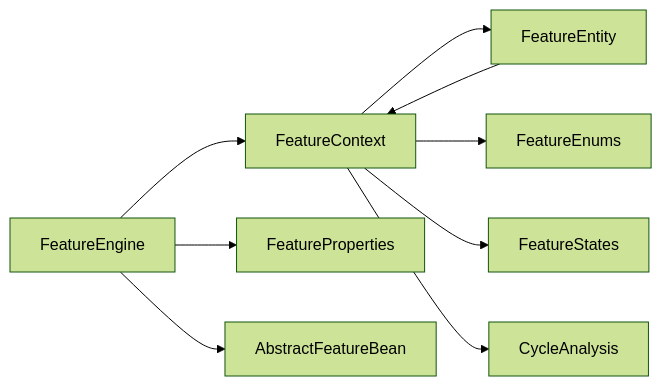
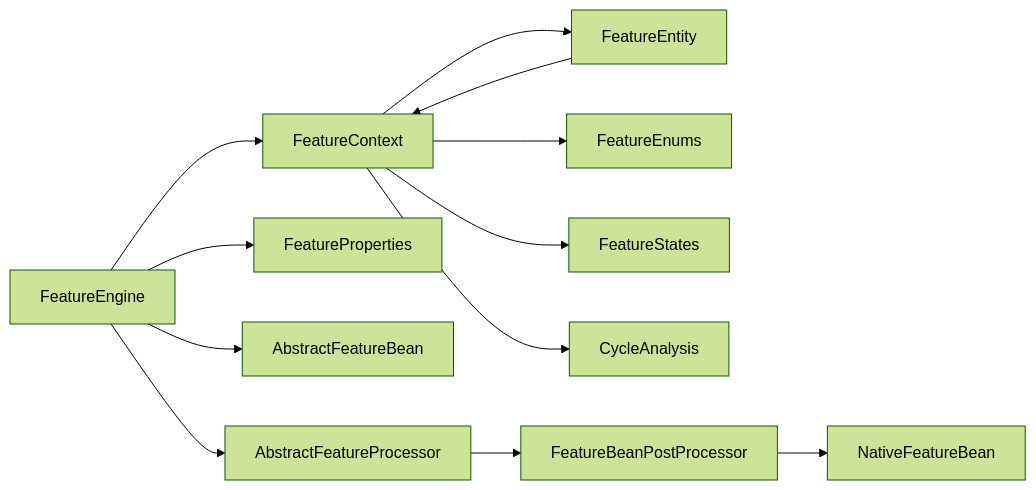
The eighth of 9 diagrams in .qoder/repowiki/zh/content/高级用法/高级用法.md (txzhanghuan/feature), drawn with Mermaid (forest theme) before and after one commit. The commit also changed other lines of this file and 48 other files, not shown here.

````diff
--- a/.qoder/repowiki/zh/content/高级用法/高级用法.md
+++ b/.qoder/repowiki/zh/content/高级用法/高级用法.md
@@ -266,11 +417,14 @@
 ```mermaid
 graph LR
 Engine["FeatureEngine"] --> Ctx["FeatureContext"]
 Ctx --> Ent["FeatureEntity"]
 Ctx --> Enums["FeatureEnums"]
 Ctx --> States["FeatureStates"]
 Ctx --> Cycle["CycleAnalysis"]
 Ent --> Ctx
 Engine --> Props["FeatureProperties"]
 Engine --> Beans["AbstractFeatureBean"]
+Engine --> AFP["AbstractFeatureProcessor"]
+AFP --> FBPP["FeatureBeanPostProcessor"]
+FBPP --> NFB["NativeFeatureBean"]
 ```
````
